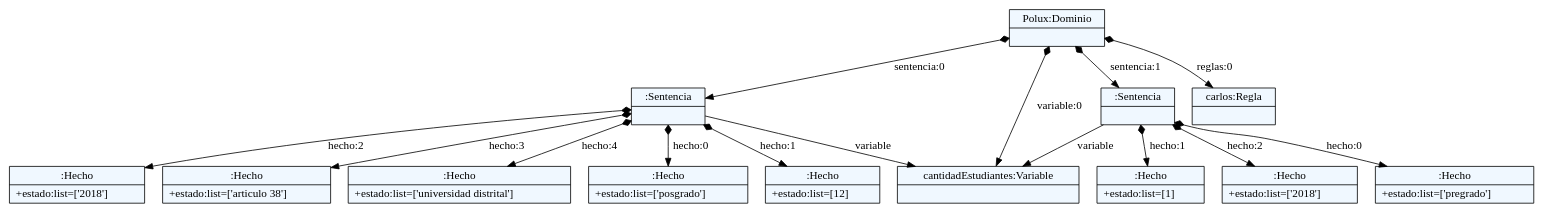
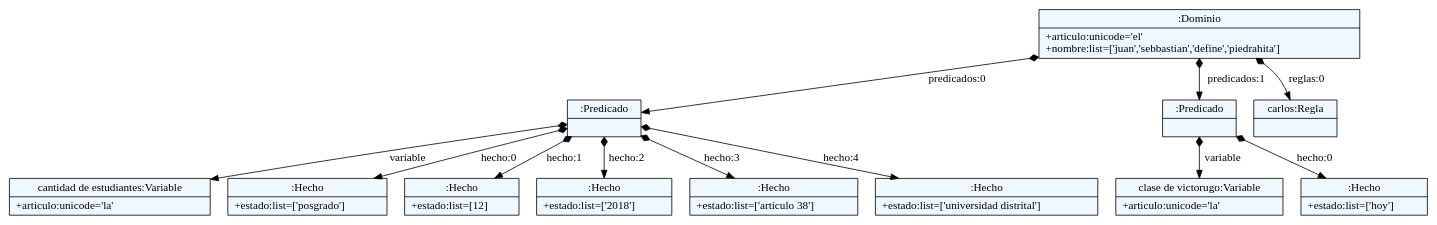
The diagram in entidad.ent.dot (CarlosGutierrezArdila/DSL4UDRules), drawn with Graphviz before and after one commit. The commit also changed 3 other files, not shown here.

```diff
--- a/entidad.ent.dot
+++ b/entidad.ent.dot
@@ -1,42 +1,38 @@
 
     digraph xtext {
     fontname = "Bitstream Vera Sans"
     fontsize = 8
     node[
         shape=record,
         style=filled,
         fillcolor=aliceblue
     ]
     nodesep = 0.3
     edge[dir=black,arrowtail=empty]
 
 
-140647565330320 -> 140647565475216 [label="variable:0" arrowtail=diamond dir=both]
-140647565475216[label="{cantidadEstudiantes:Variable|}"]
-140647565330320 -> 140647564246864 [label="sentencia:0" arrowtail=diamond dir=both]
-140647564246864 -> 140647565475216 [label="variable" ]
-140647564246864 -> 140647564245008 [label="hecho:0" arrowtail=diamond dir=both]
-140647564245008[label="{:Hecho|+estado:list=['posgrado']\l}"]
-140647564246864 -> 140647564246928 [label="hecho:1" arrowtail=diamond dir=both]
-140647564246928[label="{:Hecho|+estado:list=[12]\l}"]
-140647564246864 -> 140647564246992 [label="hecho:2" arrowtail=diamond dir=both]
-140647564246992[label="{:Hecho|+estado:list=['2018']\l}"]
-140647564246864 -> 140647564316752 [label="hecho:3" arrowtail=diamond dir=both]
-140647564316752[label="{:Hecho|+estado:list=['articulo 38']\l}"]
-140647564246864 -> 140647564316816 [label="hecho:4" arrowtail=diamond dir=both]
-140647564316816[label="{:Hecho|+estado:list=['universidad distrital']\l}"]
-140647564246864[label="{:Sentencia|}"]
-140647565330320 -> 140647564243536 [label="sentencia:1" arrowtail=diamond dir=both]
-140647564243536 -> 140647565475216 [label="variable" ]
-140647564243536 -> 140647564317008 [label="hecho:0" arrowtail=diamond dir=both]
-140647564317008[label="{:Hecho|+estado:list=['pregrado']\l}"]
-140647564243536 -> 140647564317072 [label="hecho:1" arrowtail=diamond dir=both]
-140647564317072[label="{:Hecho|+estado:list=[1]\l}"]
-140647564243536 -> 140647564317136 [label="hecho:2" arrowtail=diamond dir=both]
-140647564317136[label="{:Hecho|+estado:list=['2018']\l}"]
-140647564243536[label="{:Sentencia|}"]
-140647565330320 -> 140647564243088 [label="reglas:0" arrowtail=diamond dir=both]
-140647564243088[label="{carlos:Regla|}"]
-140647565330320[label="{Polux:Dominio|}"]
+140190521211920 -> 39758800 [label="predicados:0" arrowtail=diamond dir=both]
+39758800 -> 39757136 [label="variable" arrowtail=diamond dir=both]
+39757136[label="{cantidad de estudiantes:Variable|+articulo:unicode='la'\l}"]
+39758800 -> 39758288 [label="hecho:0" arrowtail=diamond dir=both]
+39758288[label="{:Hecho|+estado:list=['posgrado']\l}"]
+39758800 -> 39756368 [label="hecho:1" arrowtail=diamond dir=both]
+39756368[label="{:Hecho|+estado:list=[12]\l}"]
+39758800 -> 39756048 [label="hecho:2" arrowtail=diamond dir=both]
+39756048[label="{:Hecho|+estado:list=['2018']\l}"]
+39758800 -> 39756816 [label="hecho:3" arrowtail=diamond dir=both]
+39756816[label="{:Hecho|+estado:list=['articulo 38']\l}"]
+39758800 -> 39784592 [label="hecho:4" arrowtail=diamond dir=both]
+39784592[label="{:Hecho|+estado:list=['universidad distrital']\l}"]
+39758800[label="{:Predicado|}"]
+140190521211920 -> 39758928 [label="predicados:1" arrowtail=diamond dir=both]
+39758928 -> 39784656 [label="variable" arrowtail=diamond dir=both]
+39784656[label="{clase de victorugo:Variable|+articulo:unicode='la'\l}"]
+39758928 -> 39784784 [label="hecho:0" arrowtail=diamond dir=both]
+39784784[label="{:Hecho|+estado:list=['hoy']\l}"]
+39758928[label="{:Predicado|}"]
+140190521211920 -> 39758352 [label="reglas:0" arrowtail=diamond dir=both]
+39758352[label="{carlos:Regla|}"]
+140190521211920[label="{:Dominio|+articulo:unicode='el'\l+nombre:list=['juan','sebbastian','define','piedrahita']\l}"]
 
 }
```
